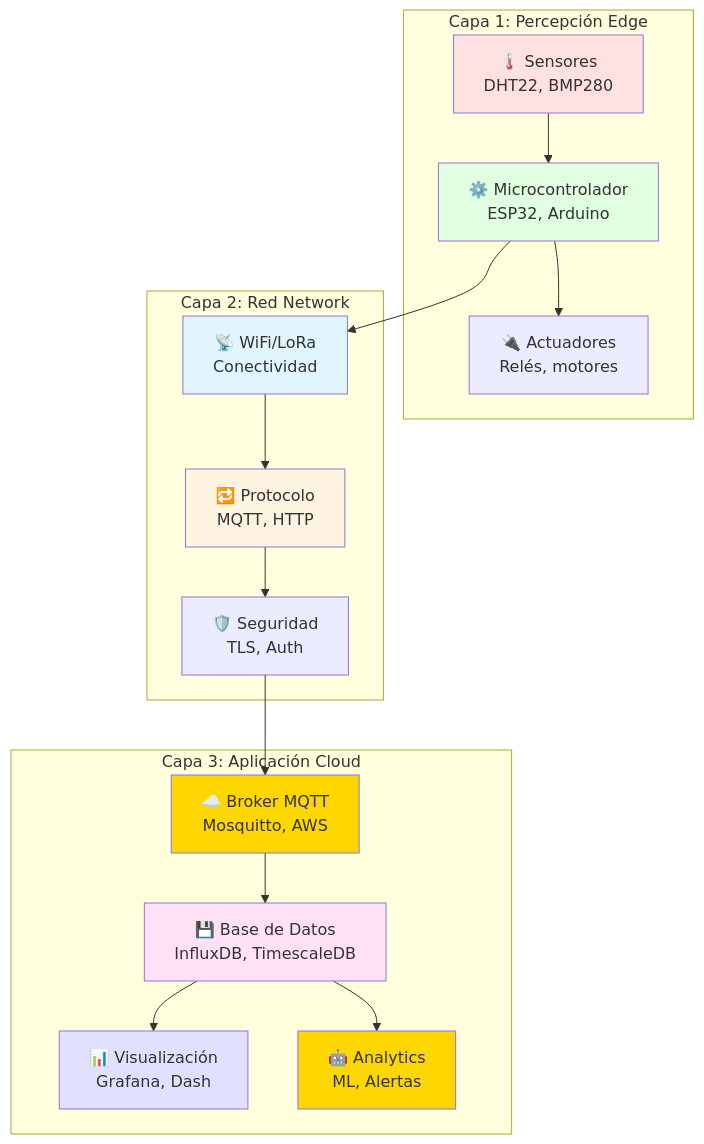
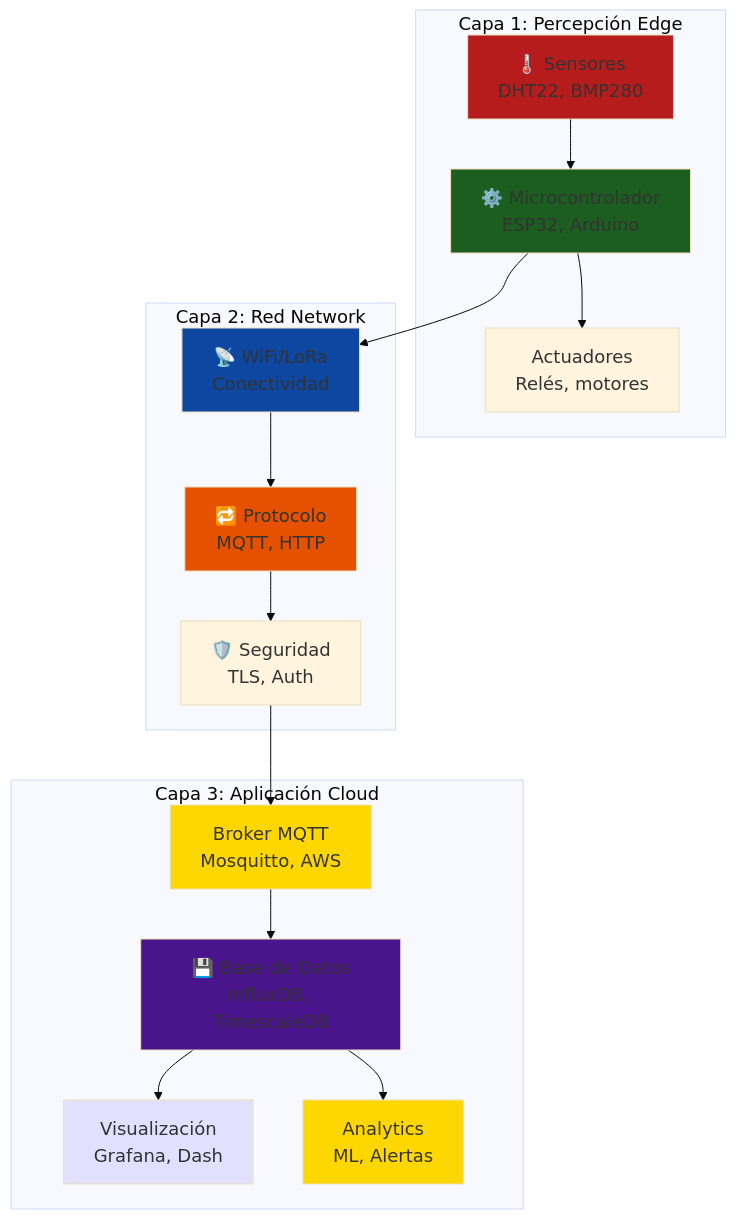
Before and after one commit to Ai-Whisperers/Courses-Content: the second of 14 diagrams in courses/🟡-development/FPUNA-2026/02-ELECTRONICA-AUTOMATIZACION/05-iot-visualizacion-datos.md, drawn with Mermaid. The commit also changed other lines of this file and 47 other files, not shown here.

First line of the commit message:
fix: Make all 473 diagrams WCAG AAA accessible (FPUNA-2026)

````diff
--- a/courses/🟡-development/FPUNA-2026/02-ELECTRONICA-AUTOMATIZACION/05-iot-visualizacion-datos.md
+++ b/courses/🟡-development/FPUNA-2026/02-ELECTRONICA-AUTOMATIZACION/05-iot-visualizacion-datos.md
@@ -64,42 +65,43 @@
 ```mermaid
+%%{init: {'theme':'base', 'themeVariables': {'fontSize':'18px'}}}%%
 graph TB
     subgraph "Capa 1: Percepción Edge"
         A[🌡️ Sensores<br/>DHT22, BMP280]
         B[⚙️ Microcontrolador<br/>ESP32, Arduino]
-        C[🔌 Actuadores<br/>Relés, motores]
+        C[Actuadores<br/>Relés, motores]
         
         A --> B
         B --> C
     end
     
     subgraph "Capa 2: Red Network"
         D[📡 WiFi/LoRa<br/>Conectividad]
         E[🔁 Protocolo<br/>MQTT, HTTP]
         F[🛡️ Seguridad<br/>TLS, Auth]
         
         B --> D
         D --> E
         E --> F
     end
     
     subgraph "Capa 3: Aplicación Cloud"
-        G[☁️ Broker MQTT<br/>Mosquitto, AWS]
+        G[Broker MQTT<br/>Mosquitto, AWS]
         H[💾 Base de Datos<br/>InfluxDB, TimescaleDB]
-        I[📊 Visualización<br/>Grafana, Dash]
-        J[🤖 Analytics<br/>ML, Alertas]
+        I[Visualización<br/>Grafana, Dash]
+        J[Analytics<br/>ML, Alertas]
         
         F --> G
         G --> H
         H --> I
         H --> J
     end
     
-    style A fill:#FFE1E1
-    style B fill:#E1FFE1
-    style D fill:#E1F5FF
-    style E fill:#FFF4E1
+    style A fill:#b71c1c
+    style B fill:#1b5e20
+    style D fill:#0d47a1
+    style E fill:#e65100
     style G fill:#FFD700
-    style H fill:#FFE1F5
+    style H fill:#4a148c
     style I fill:#E1E1FF
     style J fill:#FFD700
 ```
````
